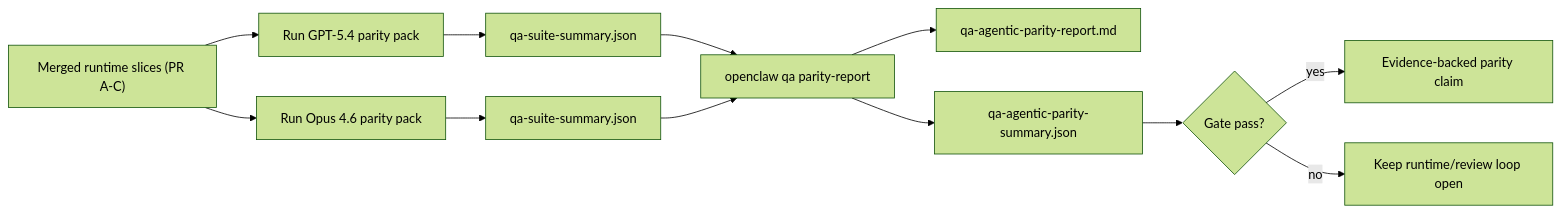
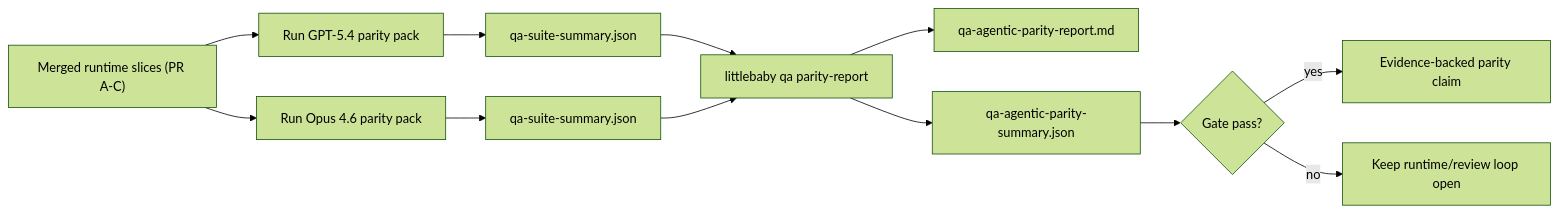
The second of 2 diagrams in docs/help/gpt54-codex-agentic-parity.md (erqvs/littlebaby), drawn with Mermaid (forest theme) before and after one commit. The commit also changed other lines of this file and 8076 other files, not shown here.

First line of the commit message:
refactor: rename all openclaw references to littlebaby

````diff
--- a/docs/help/gpt54-codex-agentic-parity.md
+++ b/docs/help/gpt54-codex-agentic-parity.md
@@ -115,14 +115,14 @@
 ```mermaid
 flowchart LR
     A["Merged runtime slices (PR A-C)"] --> B["Run GPT-5.4 parity pack"]
     A --> C["Run Opus 4.6 parity pack"]
     B --> D["qa-suite-summary.json"]
     C --> E["qa-suite-summary.json"]
-    D --> F["openclaw qa parity-report"]
+    D --> F["littlebaby qa parity-report"]
     E --> F
     F --> G["qa-agentic-parity-report.md"]
     F --> H["qa-agentic-parity-summary.json"]
     H --> I{"Gate pass?"}
     I -- "yes" --> J["Evidence-backed parity claim"]
     I -- "no" --> K["Keep runtime/review loop open"]
 ```
````
